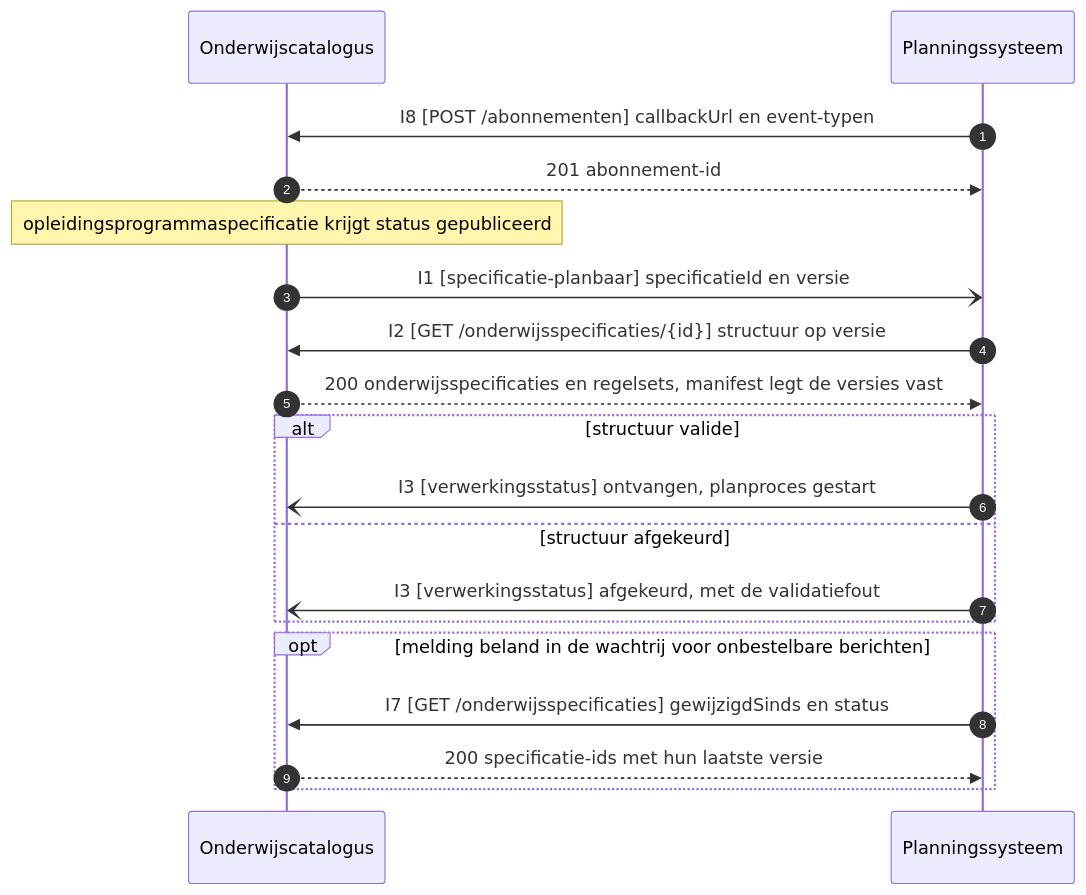
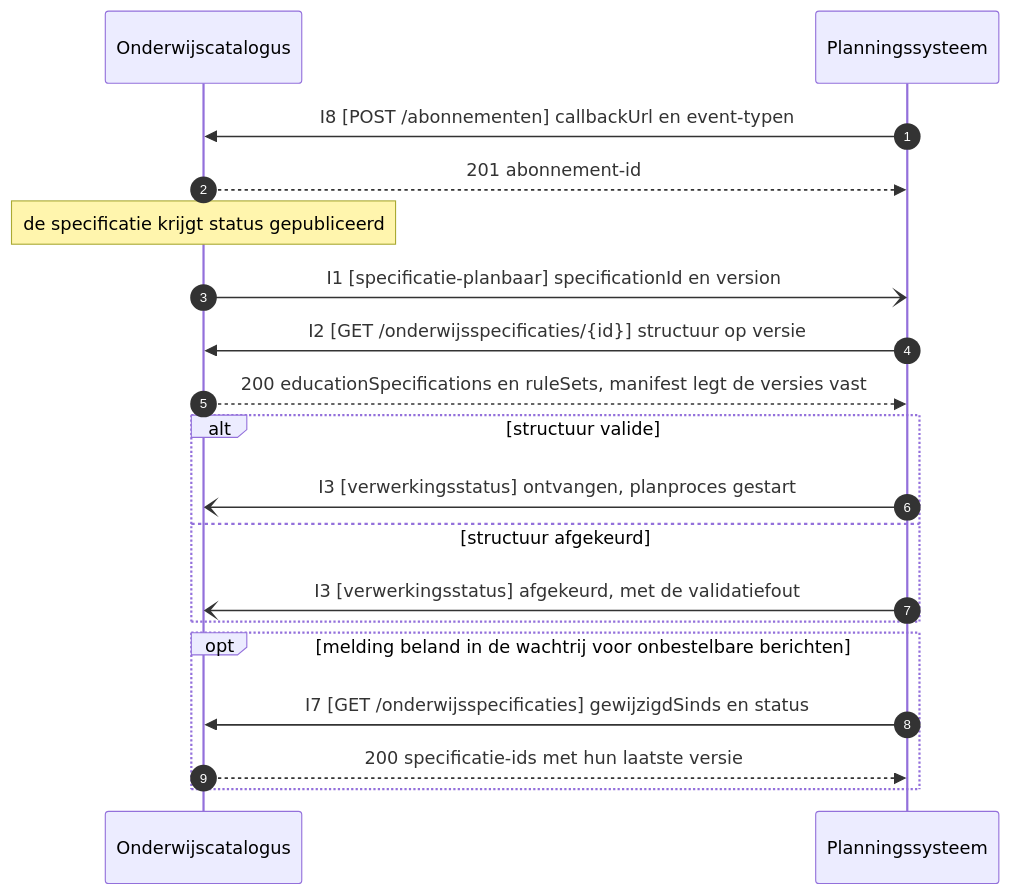
Before and after one commit to Npuls-OKx/meta: the diagram in architecture/docs/specificatie/interactie-onderwijsaanbod/stroom-is-oa-03.md, drawn with Mermaid. The commit also changed other lines of this file and 6 other files, not shown here.

````diff
--- a/architecture/docs/specificatie/interactie-onderwijsaanbod/stroom-is-oa-03.md
+++ b/architecture/docs/specificatie/interactie-onderwijsaanbod/stroom-is-oa-03.md
@@ -20,22 +20,22 @@
 ```mermaid
 sequenceDiagram
     autonumber
     participant OC as Onderwijscatalogus
     participant PL as Planningssysteem
 
     PL->>OC: I8 [POST /abonnementen] callbackUrl en event-typen
     OC-->>PL: 201 abonnement-id
-    Note over OC: opleidingsprogrammaspecificatie krijgt status gepubliceerd
-    OC-)PL: I1 [specificatie-planbaar] specificatieId en versie
+    Note over OC: de specificatie krijgt status gepubliceerd
+    OC-)PL: I1 [specificatie-planbaar] specificationId en version
     PL->>OC: I2 [GET /onderwijsspecificaties/{id}] structuur op versie
-    OC-->>PL: 200 onderwijsspecificaties en regelsets, manifest legt de versies vast
+    OC-->>PL: 200 educationSpecifications en ruleSets, manifest legt de versies vast
     alt structuur valide
         PL-)OC: I3 [verwerkingsstatus] ontvangen, planproces gestart
     else structuur afgekeurd
         PL-)OC: I3 [verwerkingsstatus] afgekeurd, met de validatiefout
     end
     opt melding beland in de wachtrij voor onbestelbare berichten
         PL->>OC: I7 [GET /onderwijsspecificaties] gewijzigdSinds en status
         OC-->>PL: 200 specificatie-ids met hun laatste versie
     end
 ```
````
